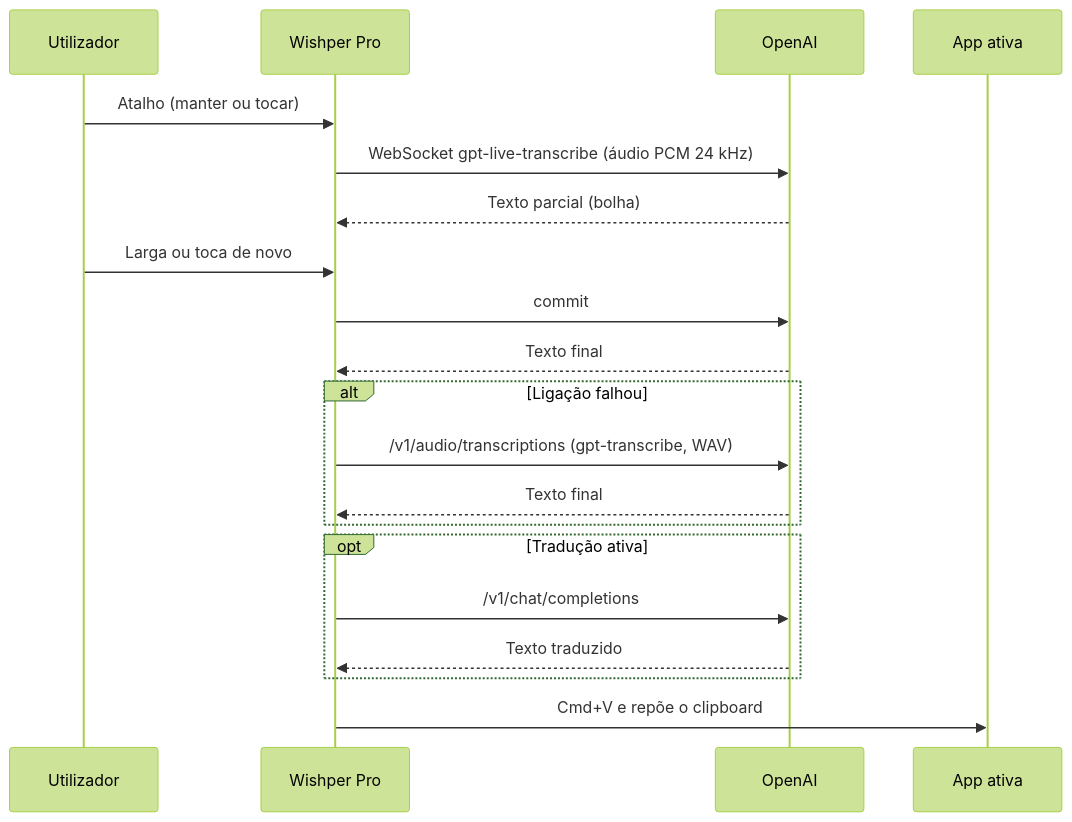
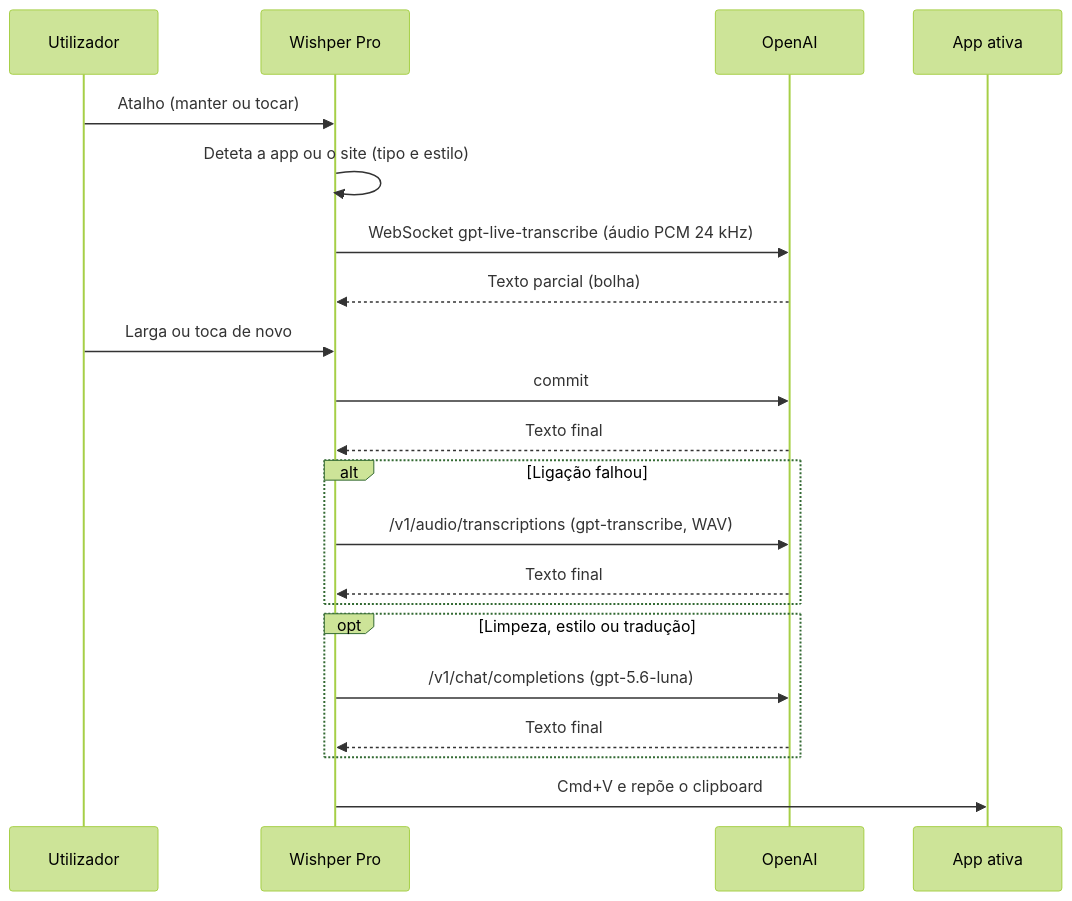
The diagram in README.md (pixelhunter1/wishper-pro-labs), drawn with Mermaid (forest theme) before and after one commit. The commit also changed other lines of this file and 1 other file, not shown here.

Commit message:
Document app styles, AI cleanup and the personal dictionary

````diff
--- a/README.md
+++ b/README.md
@@ -18,23 +21,24 @@
 ```mermaid
 sequenceDiagram
     participant U as Utilizador
     participant A as Wishper Pro
     participant O as OpenAI
     participant M as App ativa
 
     U->>A: Atalho (manter ou tocar)
+    A->>A: Deteta a app ou o site (tipo e estilo)
     A->>O: WebSocket gpt-live-transcribe (áudio PCM 24 kHz)
     O-->>A: Texto parcial (bolha)
     U->>A: Larga ou toca de novo
     A->>O: commit
     O-->>A: Texto final
     alt Ligação falhou
         A->>O: /v1/audio/transcriptions (gpt-transcribe, WAV)
         O-->>A: Texto final
     end
-    opt Tradução ativa
-        A->>O: /v1/chat/completions
-        O-->>A: Texto traduzido
+    opt Limpeza, estilo ou tradução
+        A->>O: /v1/chat/completions (gpt-5.6-luna)
+        O-->>A: Texto final
     end
     A->>M: Cmd+V e repõe o clipboard
 ```
````
